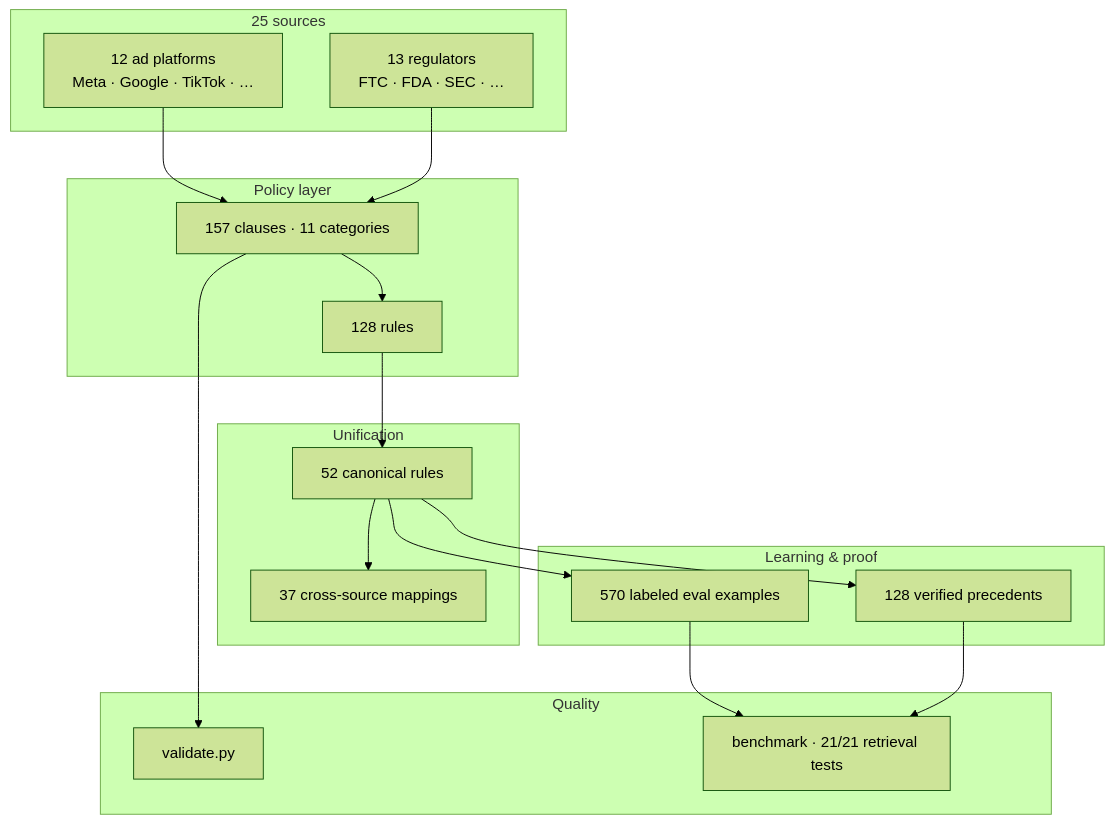
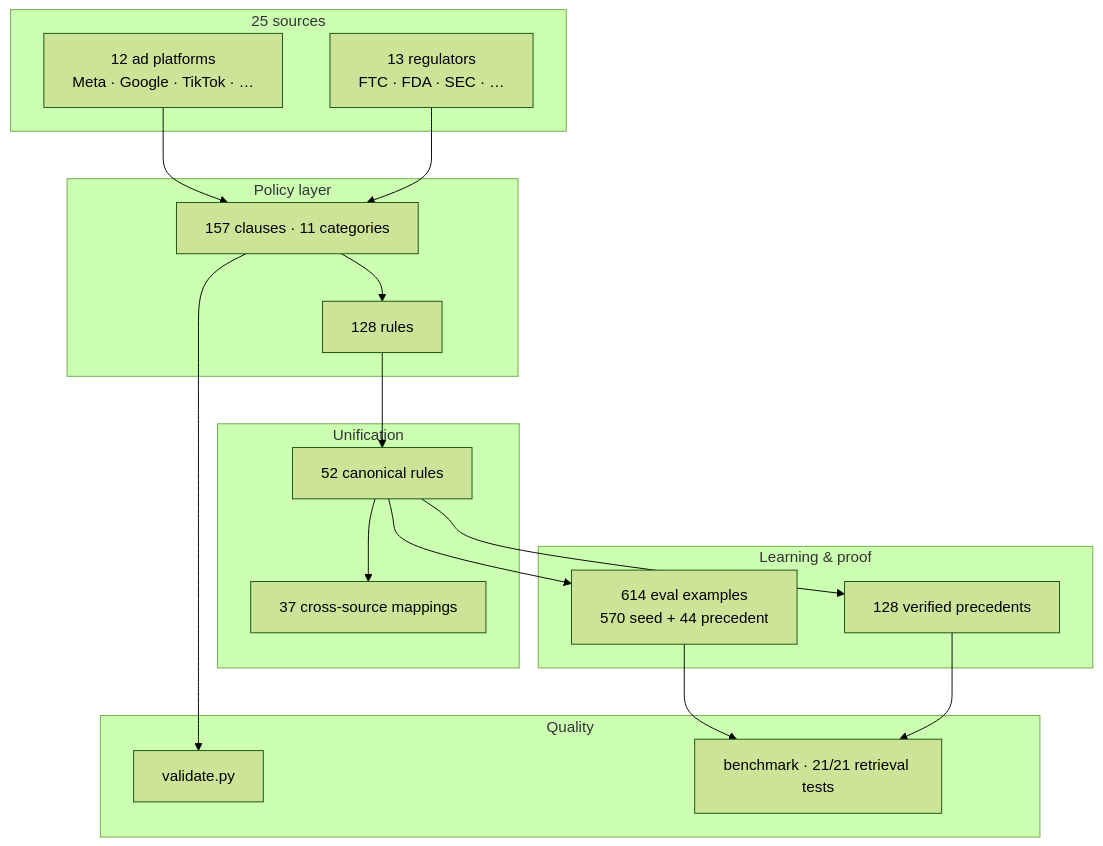
The first of 4 diagrams in README.md (Electronicshelf/zetaone-1), drawn with Mermaid (forest theme) before and after one commit. The commit also changed 8 other files, not shown here.

First line of the commit message:
feat(ontology): add precedent-derived eval set (44 real-world examples)

````diff
--- a/README.md
+++ b/README.md
@@ -26,37 +26,37 @@
 ```mermaid
 flowchart TB
   subgraph sources["25 sources"]
     P["12 ad platforms<br/>Meta · Google · TikTok · …"]
     R["13 regulators<br/>FTC · FDA · SEC · …"]
   end
 
   subgraph policy["Policy layer"]
     C["157 clauses · 11 categories"]
     Ru["128 rules"]
   end
 
   subgraph unify["Unification"]
     CR["52 canonical rules"]
     M["37 cross-source mappings"]
   end
 
   subgraph learn["Learning & proof"]
-    E["570 labeled eval examples"]
+    E["614 eval examples<br/>570 seed + 44 precedent"]
     PR["128 verified precedents"]
   end
 
   subgraph check["Quality"]
     V["validate.py"]
     B["benchmark · 21/21 retrieval tests"]
   end
 
   P --> C
   R --> C
   C --> Ru --> CR
   CR --> M
   CR --> E
   CR --> PR
   C --> V
   E --> B
   PR --> B
 ```
````
